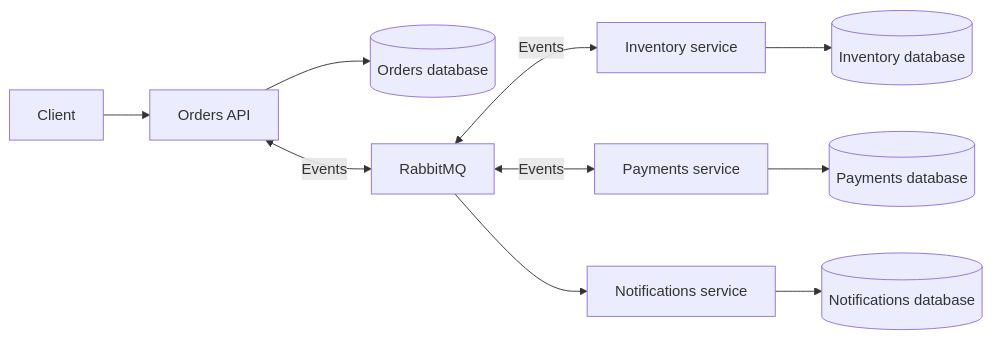
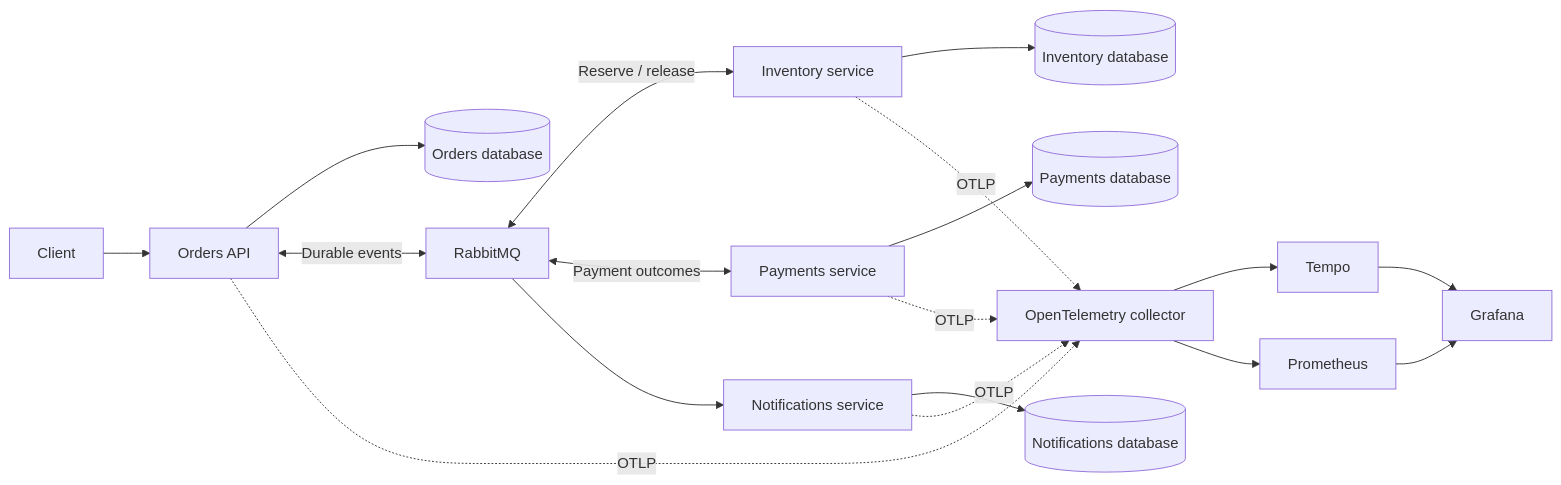
One commit to BrunoR007/Order-Processing-Platform changed the first of 2 diagrams in README.md. Above: the diagram before and after it, drawn with Mermaid. The commit also changed other lines of this file and 8 other files, not shown here.

Commit message:
docs: explain architecture recovery trade-offs and verified behavior

````diff
--- a/README.md
+++ b/README.md
@@ -79,12 +46,20 @@
 ```mermaid
 flowchart LR
     Client --> Orders[Orders API]
     Orders --> OrdersDb[(Orders database)]
-    Orders <-->|Events| Rabbit[RabbitMQ]
-    Rabbit <-->|Events| Inventory[Inventory service]
-    Rabbit <-->|Events| Payments[Payments service]
+    Orders <-->|Durable events| Rabbit[RabbitMQ]
+    Rabbit <-->|Reserve / release| Inventory[Inventory service]
+    Rabbit <-->|Payment outcomes| Payments[Payments service]
     Rabbit --> Notifications[Notifications service]
     Inventory --> InventoryDb[(Inventory database)]
     Payments --> PaymentsDb[(Payments database)]
     Notifications --> NotificationsDb[(Notifications database)]
+    Orders -. OTLP .-> Collector[OpenTelemetry collector]
+    Inventory -. OTLP .-> Collector
+    Payments -. OTLP .-> Collector
+    Notifications -. OTLP .-> Collector
+    Collector --> Tempo
+    Collector --> Prometheus
+    Tempo --> Grafana
+    Prometheus --> Grafana
 ```
````
